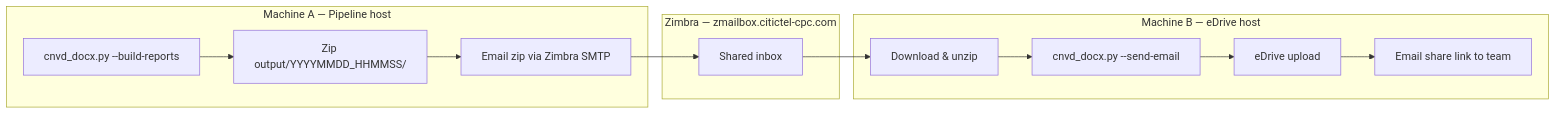
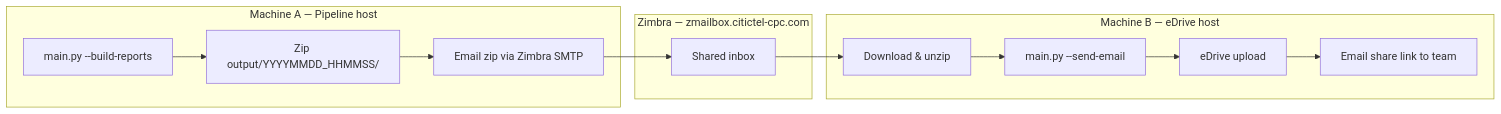
One commit to Benchan691/pipeline_report_gen changed the diagram in proposal.md. Above: the diagram before and after it, drawn with Mermaid. The commit also changed other lines of this file and 5 other files, not shown here.

````diff
--- a/proposal.md
+++ b/proposal.md
@@ -75,22 +75,22 @@
 ```mermaid
 flowchart LR
     subgraph MachineA["Machine A — Pipeline host"]
-        GEN["cnvd_docx.py --build-reports"]
+        GEN["main.py --build-reports"]
         ZIP["Zip output/YYYYMMDD_HHMMSS/"]
         SEND["Email zip via Zimbra SMTP"]
     end
 
     subgraph Zimbra["Zimbra — zmailbox.citictel-cpc.com"]
         INBOX["Shared inbox"]
     end
 
     subgraph MachineB["Machine B — eDrive host"]
         DL["Download & unzip"]
-        UP["cnvd_docx.py --send-email"]
+        UP["main.py --send-email"]
         EDRIVE["eDrive upload"]
         MAIL["Email share link to team"]
     end
 
     GEN --> ZIP --> SEND --> INBOX
     INBOX --> DL --> UP --> EDRIVE --> MAIL
 ```
````
